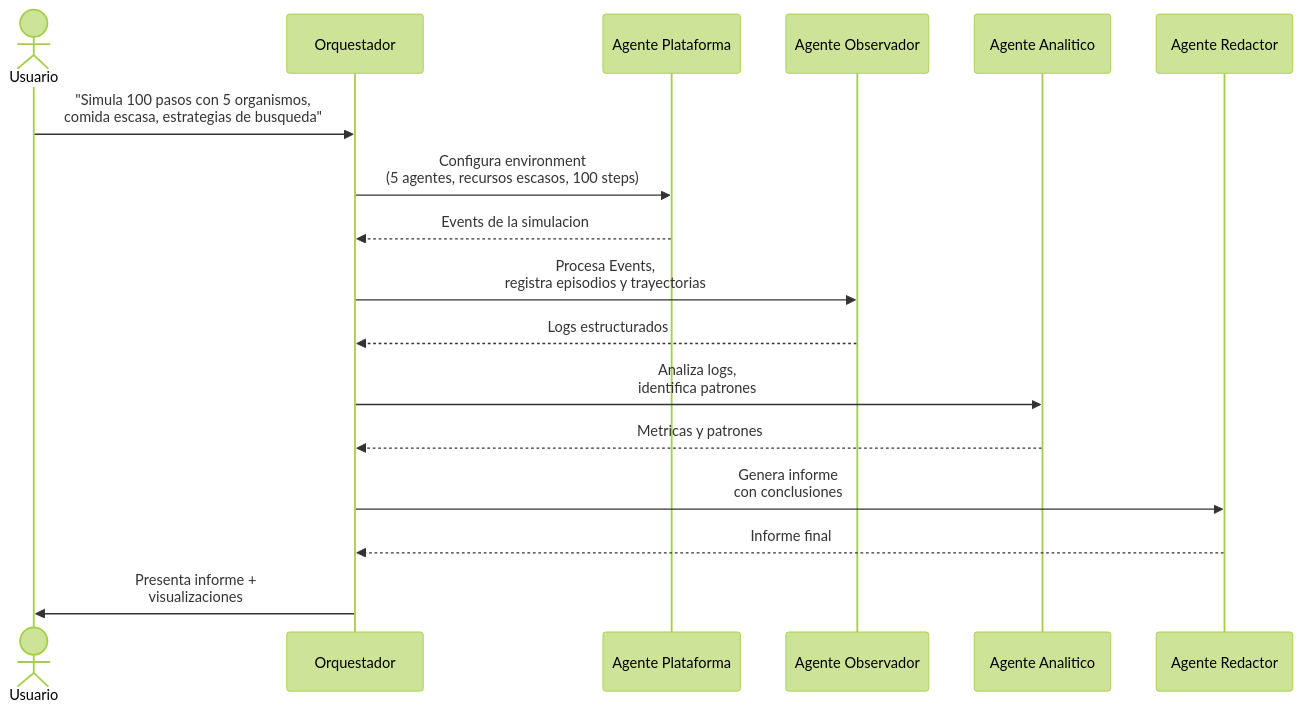
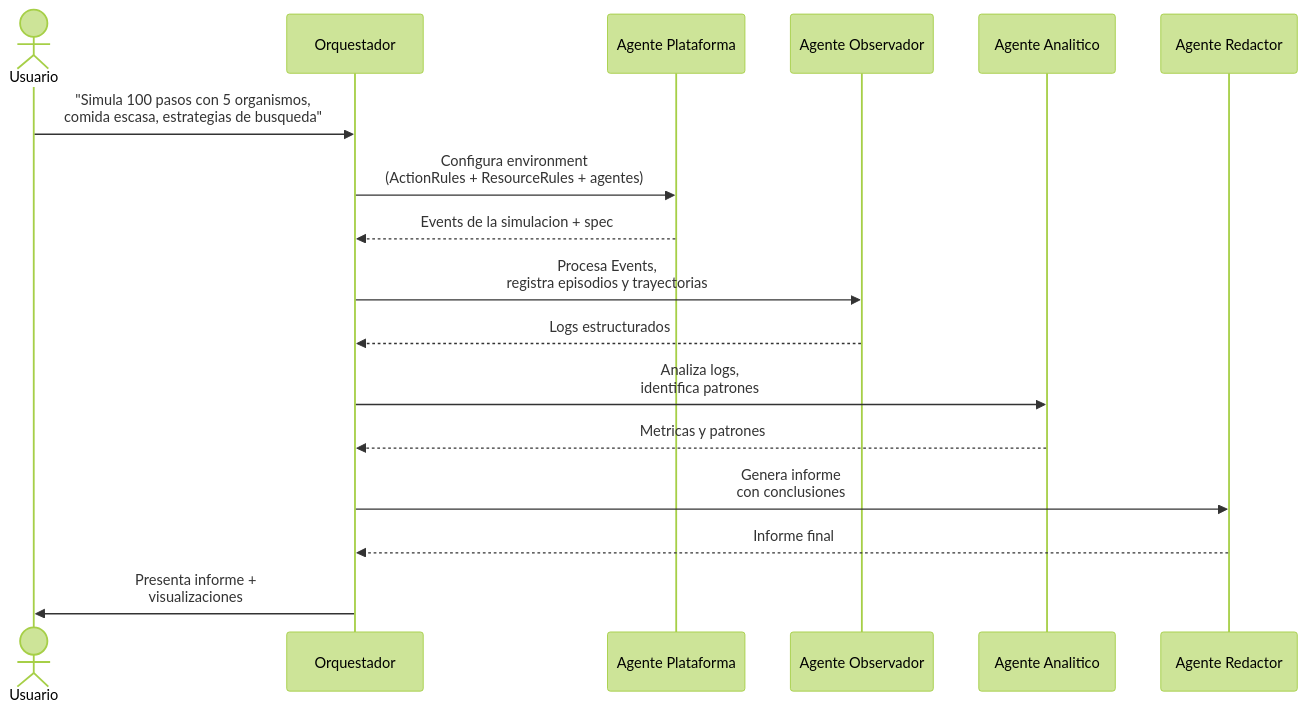
One commit to srfreire/labTFG changed the fourth of 4 diagrams in phase2-juan/docs/DESIGN.md. Above: the diagram before and after it, drawn with Mermaid (forest theme). The commit also changed other lines of this file and 4 other files, not shown here.

````diff
--- a/phase2-juan/docs/DESIGN.md
+++ b/phase2-juan/docs/DESIGN.md
@@ -316,20 +410,20 @@
 ```mermaid
 sequenceDiagram
     actor U as Usuario
     participant O as Orquestador
     participant P as Agente Plataforma
     participant OB as Agente Observador
     participant AN as Agente Analitico
     participant R as Agente Redactor
 
     U->>O: "Simula 100 pasos con 5 organismos,<br>comida escasa, estrategias de busqueda"
-    O->>P: Configura environment<br>(5 agentes, recursos escasos, 100 steps)
-    P-->>O: Events de la simulacion
+    O->>P: Configura environment<br>(ActionRules + ResourceRules + agentes)
+    P-->>O: Events de la simulacion + spec
     O->>OB: Procesa Events,<br>registra episodios y trayectorias
     OB-->>O: Logs estructurados
     O->>AN: Analiza logs,<br>identifica patrones
     AN-->>O: Metricas y patrones
     O->>R: Genera informe<br>con conclusiones
     R-->>O: Informe final
     O->>U: Presenta informe +<br>visualizaciones
 ```
````
